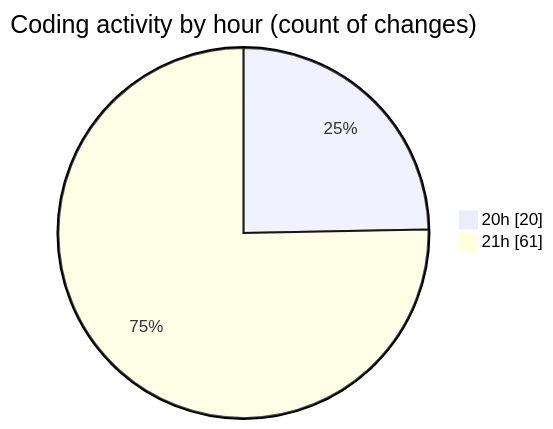
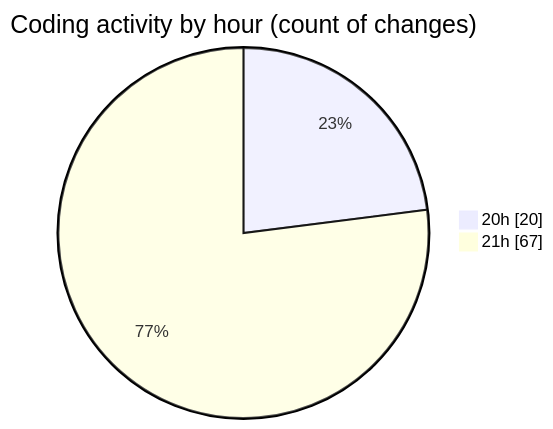
One commit to lephambinh05/code-tracking changed the second of 2 diagrams in 2025-08-19/quytuthien_vn/README.md. Above: the diagram before and after it, drawn with Mermaid. The commit also changed other lines of this file and 1 other file, not shown here.

````diff
--- a/2025-08-19/quytuthien_vn/README.md
+++ b/2025-08-19/quytuthien_vn/README.md
@@ -89,6 +92,6 @@
 ```mermaid
 pie showData
 title Coding activity by hour (count of changes)
 "20h" : 20
-"21h" : 61
+"21h" : 67
 ```
````
